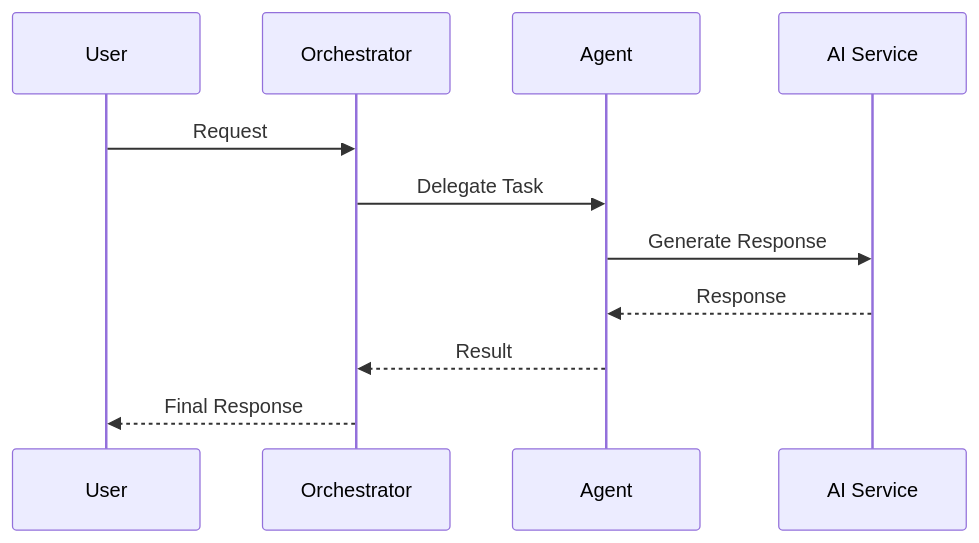
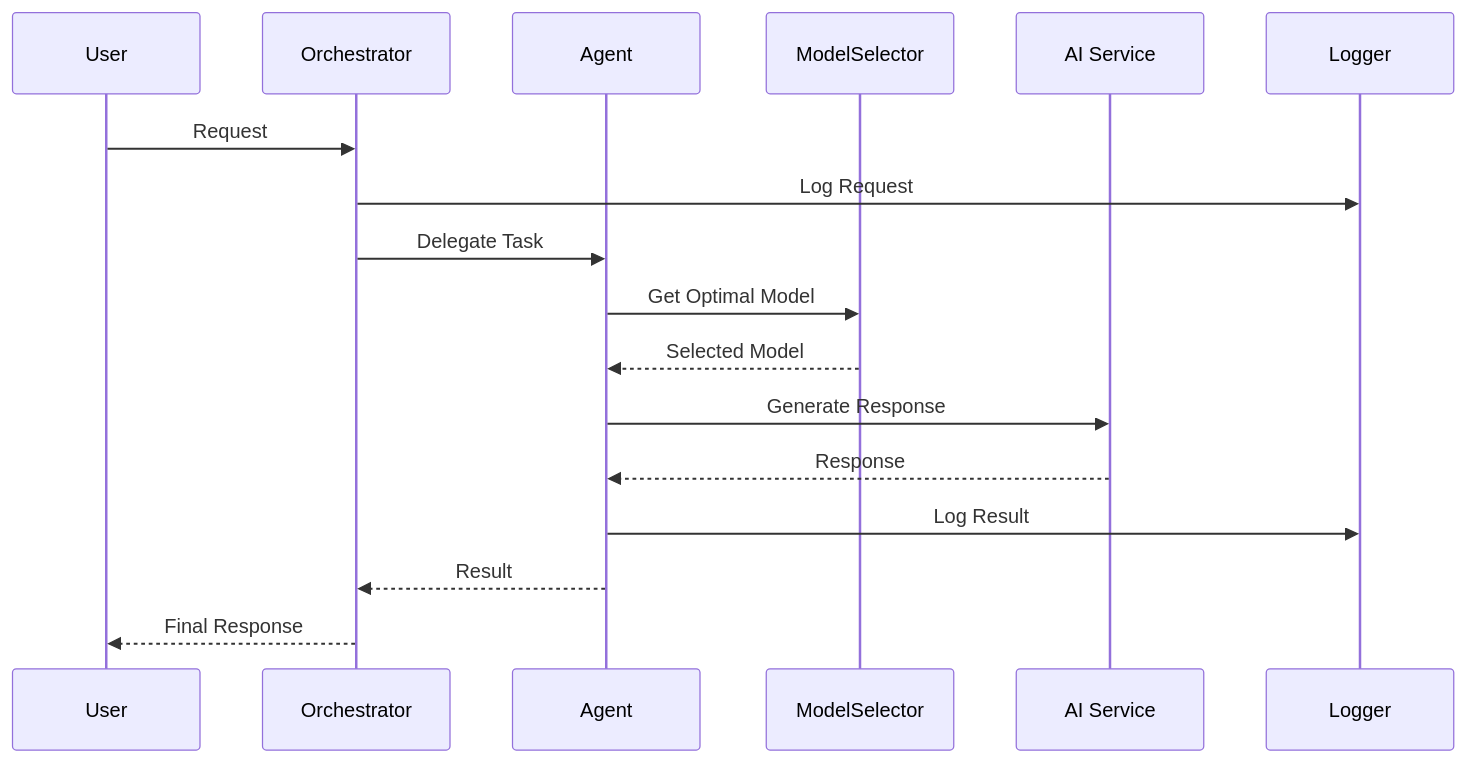
One commit to quanhieu/trip-planner changed the second of 7 diagrams in memory-bank/systemPatterns.md. Above: the diagram before and after it, drawn with Mermaid. The commit also changed other lines of this file and 21 other files, not shown here.

````diff
--- a/memory-bank/systemPatterns.md
+++ b/memory-bank/systemPatterns.md
@@ -23,14 +29,20 @@
 ```mermaid
 sequenceDiagram
     participant U as User
     participant O as Orchestrator
     participant A as Agent
+    participant MS as ModelSelector
     participant AI as AI Service
+    participant L as Logger
 
     U->>O: Request
+    O->>L: Log Request
     O->>A: Delegate Task
+    A->>MS: Get Optimal Model
+    MS-->>A: Selected Model
     A->>AI: Generate Response
     AI-->>A: Response
+    A->>L: Log Result
     A-->>O: Result
     O-->>U: Final Response
 ```
````
